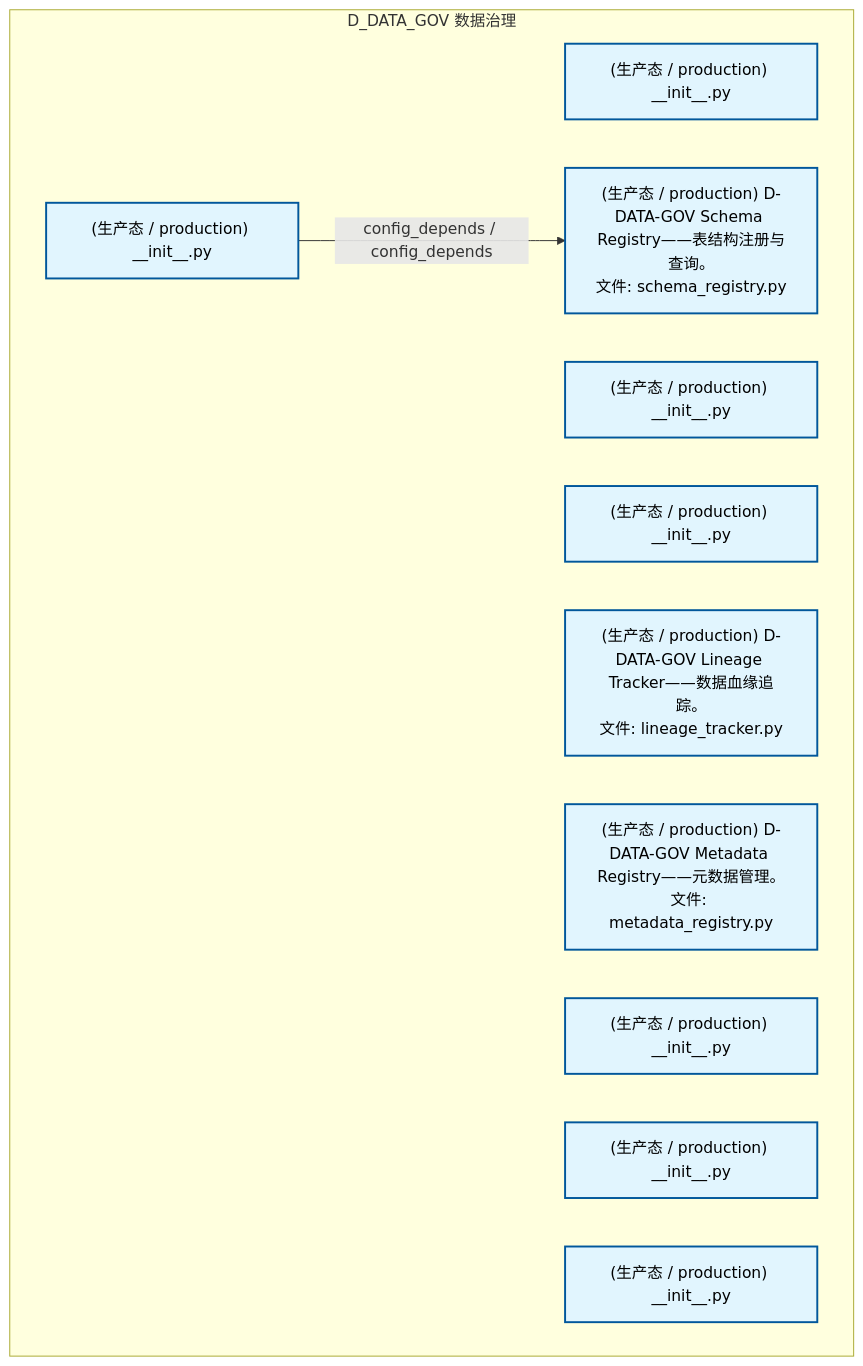
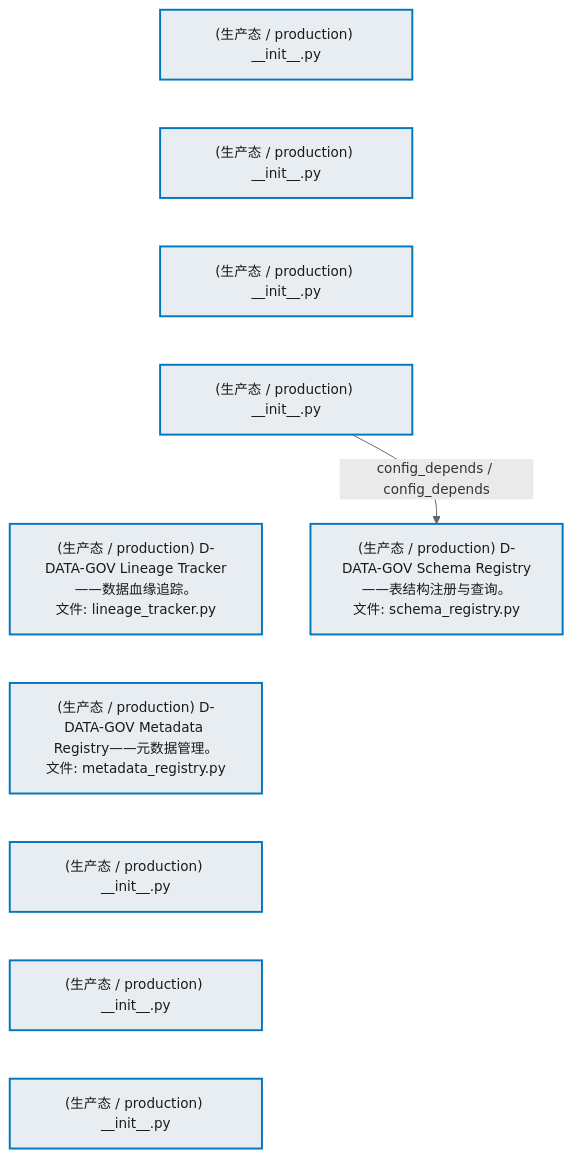
Before and after one commit to xuanFelixVan/ZephyrAlpha: the second of 2 diagrams in docs/02_enterprise_architecture/02_domain_architecture_docs/13_d_data_gov.md, drawn with Mermaid. The commit also changed other lines of this file and 76 other files, not shown here.

````diff
--- a/docs/02_enterprise_architecture/02_domain_architecture_docs/13_d_data_gov.md
+++ b/docs/02_enterprise_architecture/02_domain_architecture_docs/13_d_data_gov.md
@@ -96,21 +103,28 @@
 ```mermaid
-graph TD
-    subgraph D_DATA_GOV["D_DATA_GOV 数据治理"]
-        src_zephyr_data_governance_init_py["(生产态 / production) __init__.py"]
-        src_zephyr_data_governance_extensions_init_py["(生产态 / production) __init__.py"]
-        src_zephyr_data_governance_api_init_py["(生产态 / production) __init__.py"]
-        src_zephyr_data_governance_core_init_py["(生产态 / production) __init__.py"]
-        src_zephyr_data_governance_core_lineage_tracker_py["(生产态 / production) D-DATA-GOV Lineage Tracker——数据血缘追踪。<br/>文件: lineage_tracker.py"]
-        src_zephyr_data_governance_core_metadata_registry_py["(生产态 / production) D-DATA-GOV Metadata Registry——元数据管理。<br/>文件: metadata_registry.py"]
-        src_zephyr_data_governance_core_schema_registry_py["(生产态 / production) D-DATA-GOV Schema Registry——表结构注册与查询。<br/>文件: schema_registry.py"]
-        src_zephyr_data_governance_infrastructure_init_py["(生产态 / production) __init__.py"]
-        src_zephyr_data_governance_models_init_py["(生产态 / production) __init__.py"]
-        src_zephyr_data_governance_services_init_py["(生产态 / production) __init__.py"]
-    end
+%%{init: {'theme': 'base', 'themeVariables': {'primaryColor': '#eaeaea', 'primaryTextColor': '#333333', 'primaryBorderColor': '#666666', 'lineColor': '#666666', 'secondaryColor': '#eaeaea', 'tertiaryColor': '#eaeaea', 'fontSize': '14px'}}}%%
+flowchart TD
+    src_zephyr_data_governance_init_py["(生产态 / production) __init__.py"]
+    src_zephyr_data_governance_extensions_init_py["(生产态 / production) __init__.py"]
+    src_zephyr_data_governance_api_init_py["(生产态 / production) __init__.py"]
+    src_zephyr_data_governance_core_init_py["(生产态 / production) __init__.py"]
+    src_zephyr_data_governance_core_lineage_tracker_py["(生产态 / production) D-DATA-GOV Lineage Tracker——数据血缘追踪。<br/>文件: lineage_tracker.py"]
+    src_zephyr_data_governance_core_metadata_registry_py["(生产态 / production) D-DATA-GOV Metadata Registry——元数据管理。<br/>文件: metadata_registry.py"]
+    src_zephyr_data_governance_infrastructure_init_py["(生产态 / production) __init__.py"]
+    src_zephyr_data_governance_models_init_py["(生产态 / production) __init__.py"]
+    src_zephyr_data_governance_services_init_py["(生产态 / production) __init__.py"]
+    src_zephyr_data_governance_init_py ~~~ src_zephyr_data_governance_extensions_init_py
+    src_zephyr_data_governance_extensions_init_py ~~~ src_zephyr_data_governance_api_init_py
+    src_zephyr_data_governance_api_init_py ~~~ src_zephyr_data_governance_core_init_py
+    src_zephyr_data_governance_core_init_py ~~~ src_zephyr_data_governance_core_lineage_tracker_py
+    src_zephyr_data_governance_core_lineage_tracker_py ~~~ src_zephyr_data_governance_core_metadata_registry_py
+    src_zephyr_data_governance_core_metadata_registry_py ~~~ src_zephyr_data_governance_infrastructure_init_py
+    src_zephyr_data_governance_infrastructure_init_py ~~~ src_zephyr_data_governance_models_init_py
+    src_zephyr_data_governance_models_init_py ~~~ src_zephyr_data_governance_services_init_py
+    src_zephyr_data_governance_core_schema_registry_py["(生产态 / production) D-DATA-GOV Schema Registry——表结构注册与查询。<br/>文件: schema_registry.py"]
     src_zephyr_data_governance_core_init_py -->|config_depends / config_depends| src_zephyr_data_governance_core_schema_registry_py
-    classDef production fill:#e1f5fe,stroke:#01579b,stroke-width:2px,color:#000
-    classDef design fill:#fff3e0,stroke:#e65100,stroke-width:2px,color:#000,stroke-dasharray: 5 5
-    classDef external_prod fill:#e8f5e9,stroke:#1b5e20,stroke-width:1px,color:#000
-    classDef external_design fill:#fce4ec,stroke:#880e4f,stroke-width:1px,color:#000,stroke-dasharray: 5 5
+    classDef production fill:#e8edf2,stroke:#0277bd,stroke-width:2px,color:#1a1a1a
+    classDef design fill:#f0ebe3,stroke:#bf360c,stroke-width:2px,color:#1a1a1a,stroke-dasharray: 5 5
+    classDef external_prod fill:#e8efe9,stroke:#1b5e20,stroke-width:1px,color:#1a1a1a
+    classDef external_design fill:#efe5ea,stroke:#880e4f,stroke-width:1px,color:#1a1a1a,stroke-dasharray: 5 5
     class src_zephyr_data_governance_init_py,src_zephyr_data_governance_extensions_init_py,src_zephyr_data_governance_api_init_py,src_zephyr_data_governance_core_init_py,src_zephyr_data_governance_core_lineage_tracker_py,src_zephyr_data_governance_core_metadata_registry_py,src_zephyr_data_governance_core_schema_registry_py,src_zephyr_data_governance_infrastructure_init_py,src_zephyr_data_governance_models_init_py,src_zephyr_data_governance_services_init_py production
 ```
````
